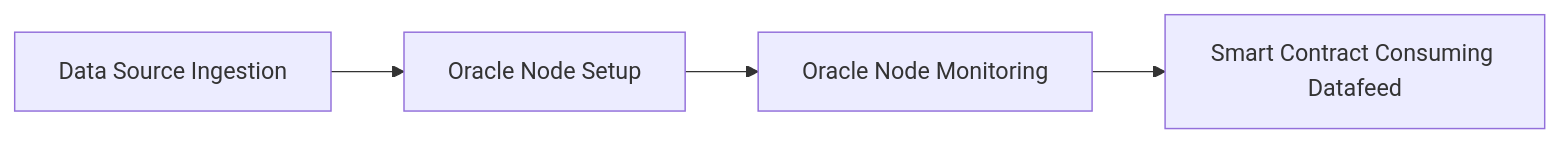
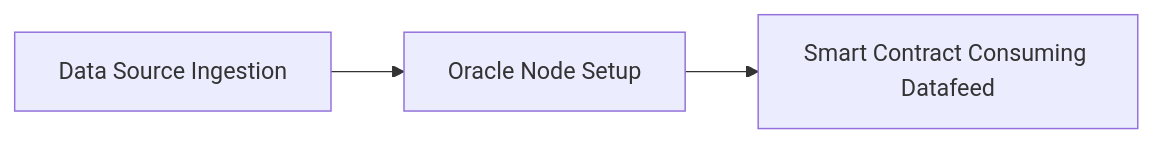
The diagram in README.md (st-mn/chainlink-sample-datafeed-process-e2e), drawn with Mermaid before and after one commit. The commit also changed other lines of this file, not shown here.

````diff
--- a/README.md
+++ b/README.md
@@ -5,6 +5,5 @@
 ```mermaid 
 graph LR;
   1[Data Source Ingestion] --> 2[Oracle Node Setup];
-  2 --> 3[Oracle Node Monitoring];
-  3 --> 4[Smart Contract Consuming Datafeed];
+  2 --> 3[Smart Contract Consuming Datafeed];
 ```
````
